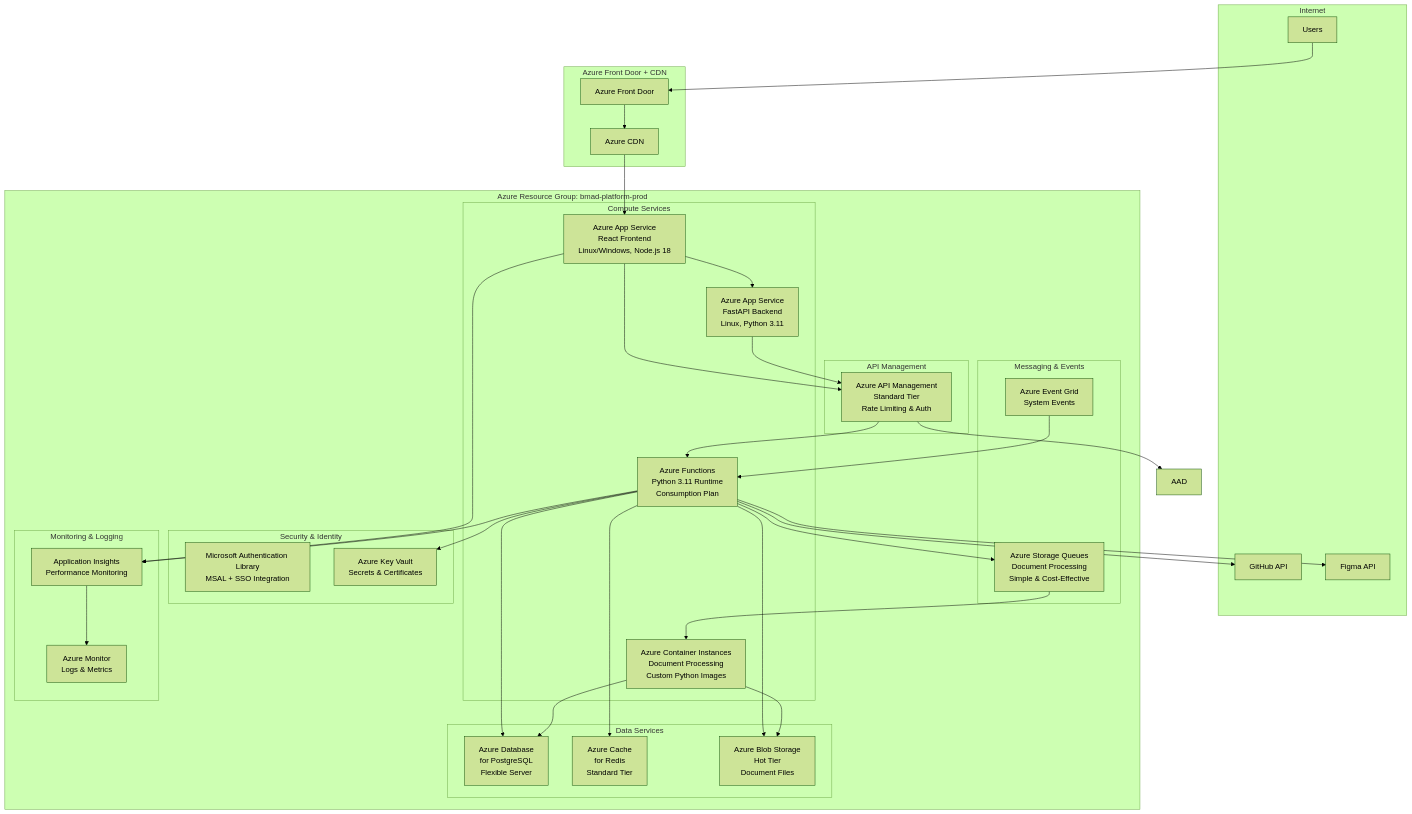
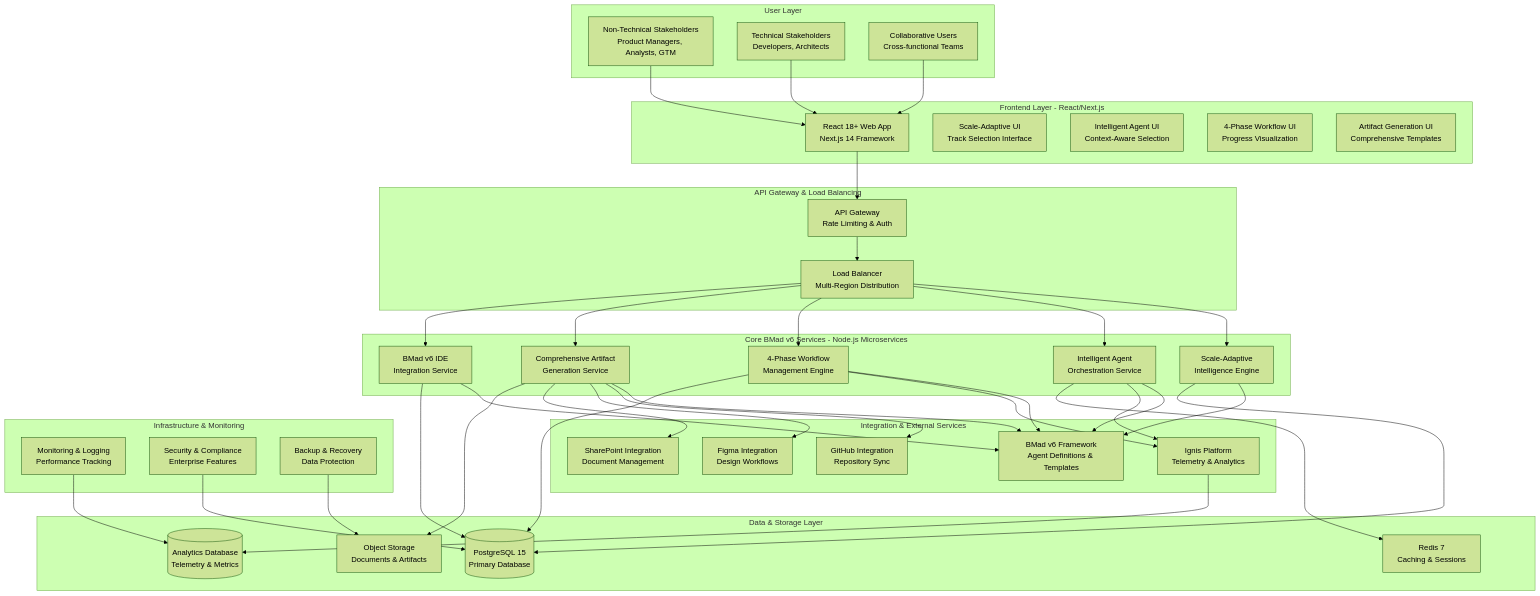
Before and after one commit to Ig-Saad/bmad-test-repo-003: the second of 12 diagrams in docs/architecture.md, drawn with Mermaid (forest theme). The commit also changed other lines of this file and 2 other files, not shown here.

Commit message:
added poc prd, updated prd and architecture for the project

````diff
--- a/docs/architecture.md
+++ b/docs/architecture.md
@@ -165,75 +160,85 @@
 ```mermaid
 graph TB
-    subgraph "Internet"
-        USERS[Users]
-        GITHUB[GitHub API]
-        FIGMA[Figma API]
+    subgraph "User Layer"
+        NTBU[Non-Technical Stakeholders<br/>Product Managers, Analysts, GTM]
+        TECHBU[Technical Stakeholders<br/>Developers, Architects]
+        COLLABU[Collaborative Users<br/>Cross-functional Teams]
     end
 
-    subgraph "Azure Front Door + CDN"
-        AFD[Azure Front Door]
-        CDN[Azure CDN]
+    subgraph "Frontend Layer - React/Next.js"
+        WEB[React 18+ Web App<br/>Next.js 14 Framework]
+        SCALEUI[Scale-Adaptive UI<br/>Track Selection Interface]
+        AGENTUI[Intelligent Agent UI<br/>Context-Aware Selection]
+        PHASEUI[4-Phase Workflow UI<br/>Progress Visualization]
+        ARTIFACTUI[Artifact Generation UI<br/>Comprehensive Templates]
     end
 
-    subgraph "Azure Resource Group: bmad-platform-prod"
-        subgraph "Compute Services"
-            WEBAPP[Azure App Service<br/>React Frontend<br/>Linux/Windows, Node.js 18]
-            APIAPP[Azure App Service<br/>FastAPI Backend<br/>Linux, Python 3.11]
-            FUNC[Azure Functions<br/>Python 3.11 Runtime<br/>Consumption Plan]
-            ACI[Azure Container Instances<br/>Document Processing<br/>Custom Python Images]
-        end
-
-        subgraph "API Management"
-            APIM[Azure API Management<br/>Standard Tier<br/>Rate Limiting & Auth]
-        end
-
-        subgraph "Data Services"
-            POSTGRES[Azure Database<br/>for PostgreSQL<br/>Flexible Server]
-            REDIS[Azure Cache<br/>for Redis<br/>Standard Tier]
-            BLOB[Azure Blob Storage<br/>Hot Tier<br/>Document Files]
-        end
-
-        subgraph "Messaging & Events"
-            STORAGEQUEUE[Azure Storage Queues<br/>Document Processing<br/>Simple & Cost-Effective]
-            EVENTGRID[Azure Event Grid<br/>System Events]
-        end
-
-        subgraph "Security & Identity"
-            MSAL[Microsoft Authentication Library<br/>MSAL + SSO Integration]
-            KEYVAULT[Azure Key Vault<br/>Secrets & Certificates]
-        end
-
-        subgraph "Monitoring & Logging"
-            APPINSIGHTS[Application Insights<br/>Performance Monitoring]
-            MONITOR[Azure Monitor<br/>Logs & Metrics]
-        end
+    subgraph "API Gateway & Load Balancing"
+        GATEWAY[API Gateway<br/>Rate Limiting & Auth]
+        LB[Load Balancer<br/>Multi-Region Distribution]
     end
 
-    USERS --> AFD
-    AFD --> CDN
-    CDN --> WEBAPP
+    subgraph "Core BMad v6 Services - Node.js Microservices"
+        SCALEENG[Scale-Adaptive<br/>Intelligence Engine]
+        AGENTORCH[Intelligent Agent<br/>Orchestration Service]
+        PHASEENG[4-Phase Workflow<br/>Management Engine]
+        ARTIFACTGEN[Comprehensive Artifact<br/>Generation Service]
+        BMADIDE[BMad v6 IDE<br/>Integration Service]
+    end
 
-    WEBAPP --> APIAPP
-    WEBAPP --> APIM
-    APIAPP --> APIM
-    APIM --> FUNC
-    APIM --> AAD
+    subgraph "Integration & External Services"
+        GITHUB[GitHub Integration<br/>Repository Sync]
+        FIGMA[Figma Integration<br/>Design Workflows]
+        SHAREPOINT[SharePoint Integration<br/>Document Management]
+        IGNIS[Ignis Platform<br/>Telemetry & Analytics]
+        BMADCORE[BMad v6 Framework<br/>Agent Definitions & Templates]
+    end
 
-    FUNC --> POSTGRES
-    FUNC --> REDIS
-    FUNC --> BLOB
-    FUNC --> STORAGEQUEUE
-    FUNC --> GITHUB
-    FUNC --> FIGMA
+    subgraph "Data & Storage Layer"
+        PRIMARYDB[(PostgreSQL 15<br/>Primary Database)]
+        CACHE[Redis 7<br/>Caching & Sessions]
+        DOCSTORAGE[Object Storage<br/>Documents & Artifacts]
+        ANALYTICS[(Analytics Database<br/>Telemetry & Metrics)]
+    end
 
-    ACI --> BLOB
-    ACI --> POSTGRES
-    STORAGEQUEUE --> ACI
+    subgraph "Infrastructure & Monitoring"
+        MONITORING[Monitoring & Logging<br/>Performance Tracking]
+        SECURITY[Security & Compliance<br/>Enterprise Features]
+        BACKUP[Backup & Recovery<br/>Data Protection]
+    end
 
-    FUNC --> KEYVAULT
-    WEBAPP --> APPINSIGHTS
-    FUNC --> APPINSIGHTS
-    APPINSIGHTS --> MONITOR
+    NTBU --> WEB
+    TECHBU --> WEB
+    COLLABU --> WEB
 
-    EVENTGRID --> FUNC
+    WEB --> GATEWAY
+    GATEWAY --> LB
+    LB --> SCALEENG
+    LB --> AGENTORCH
+    LB --> PHASEENG
+    LB --> ARTIFACTGEN
+    LB --> BMADIDE
+
+    SCALEENG --> BMADCORE
+    AGENTORCH --> BMADCORE
+    PHASEENG --> BMADCORE
+    ARTIFACTGEN --> BMADCORE
+    BMADIDE --> BMADCORE
+
+    ARTIFACTGEN --> GITHUB
+    ARTIFACTGEN --> FIGMA
+    ARTIFACTGEN --> SHAREPOINT
+    AGENTORCH --> IGNIS
+    PHASEENG --> IGNIS
+
+    SCALEENG --> PRIMARYDB
+    AGENTORCH --> CACHE
+    PHASEENG --> PRIMARYDB
+    ARTIFACTGEN --> DOCSTORAGE
+    BMADIDE --> PRIMARYDB
+
+    IGNIS --> ANALYTICS
+    MONITORING --> ANALYTICS
+    SECURITY --> PRIMARYDB
+    BACKUP --> DOCSTORAGE
 ```
````
